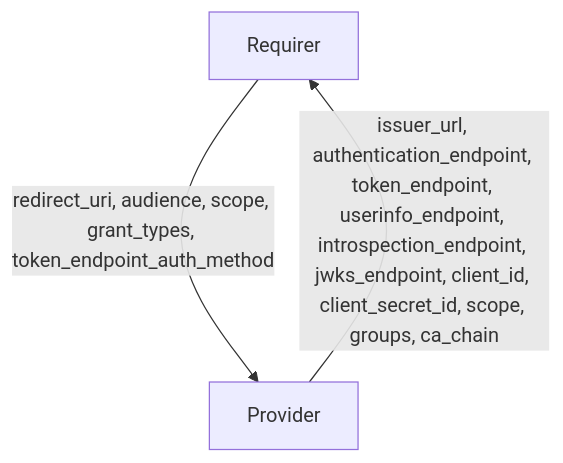
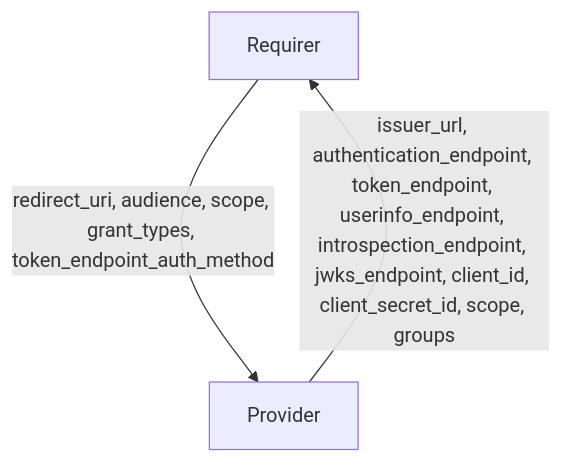
Before and after one commit to canonical/charm-relation-interfaces: the diagram in interfaces/oauth/v0/README.md, drawn with Mermaid. The commit also changed other lines of this file and 1 other file, not shown here.

Commit message:
Remove ca_chain

````diff
--- a/interfaces/oauth/v0/README.md
+++ b/interfaces/oauth/v0/README.md
@@ -16,5 +16,5 @@
 ```mermaid
 flowchart TD
     Requirer -- redirect_uri, audience, scope, grant_types, token_endpoint_auth_method --> Provider
-    Provider -- issuer_url, authentication_endpoint, token_endpoint, userinfo_endpoint, introspection_endpoint, jwks_endpoint, client_id, client_secret_id, scope, groups, ca_chain --> Requirer
+    Provider -- issuer_url, authentication_endpoint, token_endpoint, userinfo_endpoint, introspection_endpoint, jwks_endpoint, client_id, client_secret_id, scope, groups --> Requirer
 ```
````
